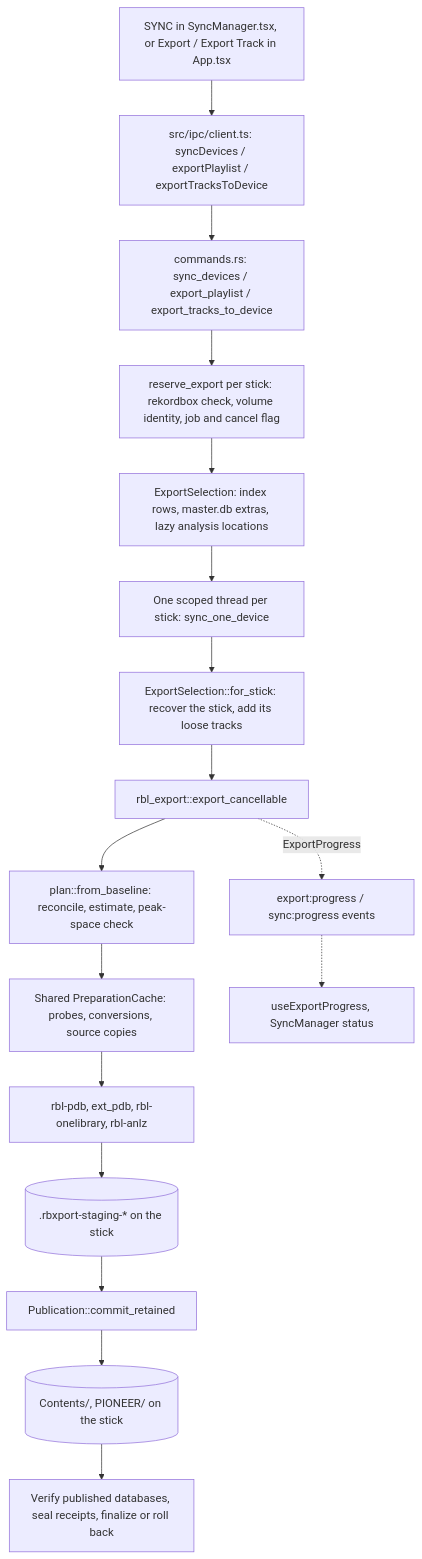
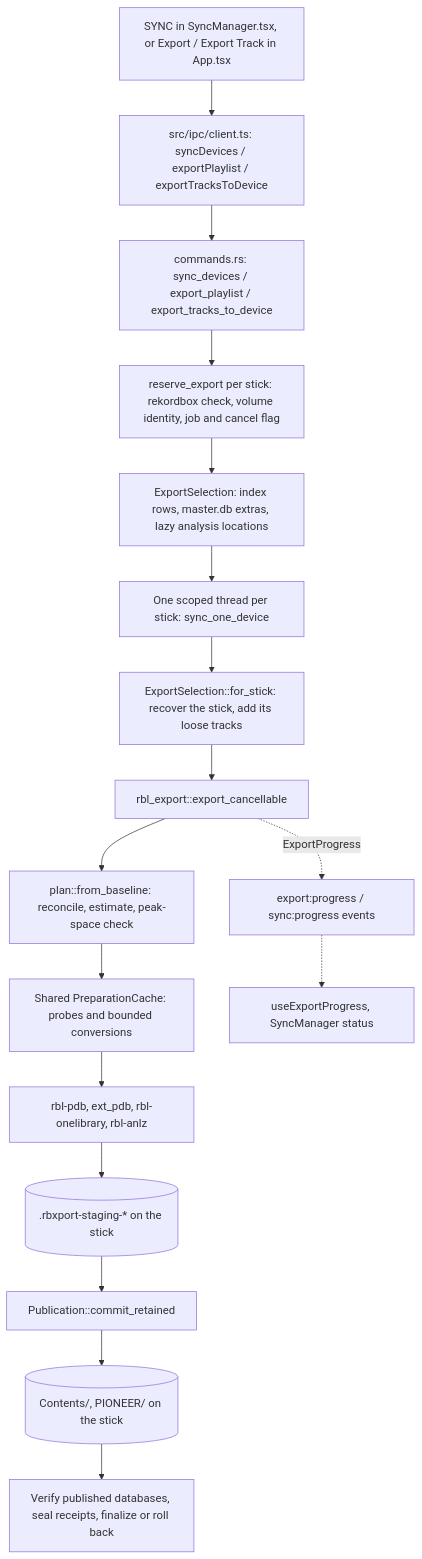
Before and after one commit to chrisle/rbxport: the first of 3 diagrams in docs/reference/usb-export-pipeline.md, drawn with Mermaid. The commit also changed other lines of this file and 5 other files, not shown here.

````diff
--- a/docs/reference/usb-export-pipeline.md
+++ b/docs/reference/usb-export-pipeline.md
@@ -122,19 +122,19 @@
 ```mermaid
 flowchart TD
     Click[SYNC in SyncManager.tsx, or Export / Export Track in App.tsx] --> IPC[src/ipc/client.ts: syncDevices / exportPlaylist / exportTracksToDevice]
     IPC --> Cmd[commands.rs: sync_devices / export_playlist / export_tracks_to_device]
     Cmd --> Res[reserve_export per stick: rekordbox check, volume identity, job and cancel flag]
     Res --> Sel[ExportSelection: index rows, master.db extras, lazy analysis locations]
     Sel --> Per[One scoped thread per stick: sync_one_device]
     Per --> Stick[ExportSelection::for_stick: recover the stick, add its loose tracks]
     Stick --> Export[rbl_export::export_cancellable]
     Export --> Plan[plan::from_baseline: reconcile, estimate, peak-space check]
-    Plan --> Prep[Shared PreparationCache: probes, conversions, source copies]
+    Plan --> Prep[Shared PreparationCache: probes and bounded conversions]
     Prep --> Writers[rbl-pdb, ext_pdb, rbl-onelibrary, rbl-anlz]
     Writers --> Stage[(.rbxport-staging-* on the stick)]
     Stage --> Commit[Publication::commit_retained]
     Commit --> Files[(Contents/, PIONEER/ on the stick)]
     Files --> After[Verify published databases, seal receipts, finalize or roll back]
     Export -. ExportProgress .-> Events[export:progress / sync:progress events]
     Events -.-> UI[useExportProgress, SyncManager status]
 ```
````
